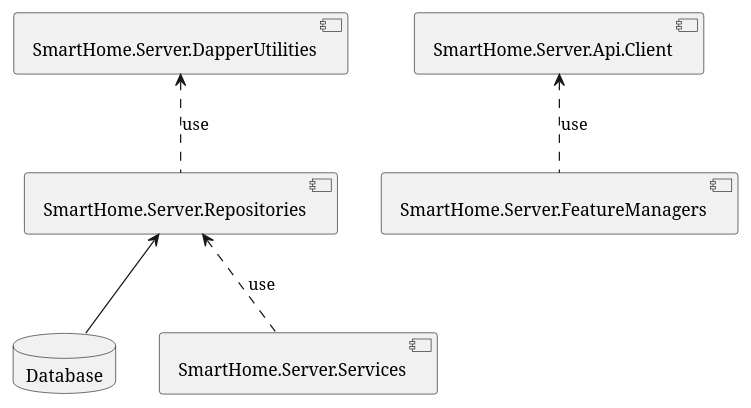
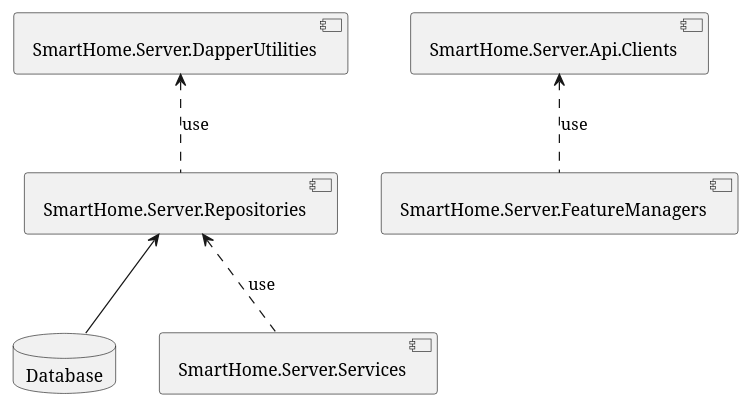
The diagram in doc/Server/uml/components.pu (JakubMiodunka/smart-home), drawn with PlantUML before and after one commit. The commit also changed 1 other file, not shown here.

Commit message:
[#38] Adding UML diagrams for ApiClients module.

```diff
--- a/doc/Server/uml/components.pu
+++ b/doc/Server/uml/components.pu
@@ -1,16 +1,16 @@
 @startuml
 
 database Database
 
 component "SmartHome.Server.DapperUtilities" as DapperUtilities
 component "SmartHome.Server.Repositories" as Repositories
 component "SmartHome.Server.Services" as Services
 component "SmartHome.Server.FeatureManagers" as FeatureManagers
-component "SmartHome.Server.Api.Client" as ApiClients
+component "SmartHome.Server.Api.Clients" as ApiClients
 
 DapperUtilities <.. Repositories : use
 Repositories <-- Database
 Repositories <.. Services : use
 ApiClients <.. FeatureManagers : use
 
 @enduml
```
